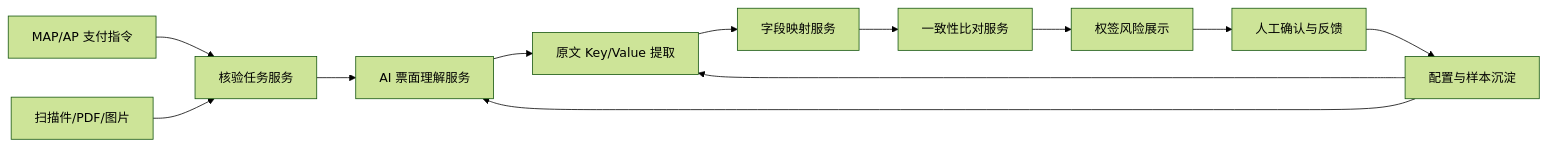
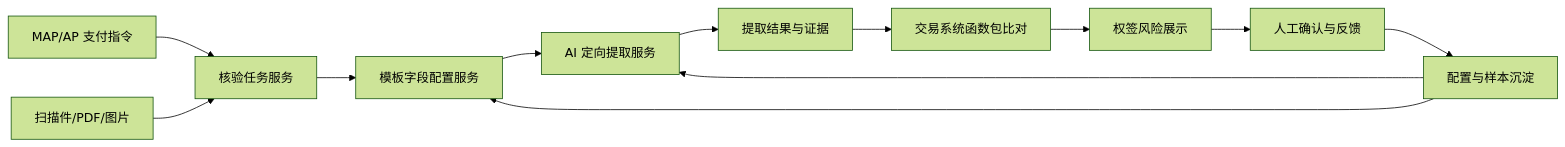
One commit to LuluCJJ/bill-verification changed the diagram in docs/bill-verification-product-solution.md. Above: the diagram before and after it, drawn with Mermaid (forest theme). The commit also changed other lines of this file and 11 other files, not shown here.

````diff
--- a/docs/bill-verification-product-solution.md
+++ b/docs/bill-verification-product-solution.md
@@ -44,14 +47,14 @@
 ```mermaid
 flowchart LR
     A["MAP/AP 支付指令"] --> C["核验任务服务"]
     B["扫描件/PDF/图片"] --> C
-    C --> D["AI 票面理解服务"]
-    D --> E["原文 Key/Value 提取"]
-    E --> E2["字段映射服务"]
-    E2 --> F["一致性比对服务"]
+    C --> D["模板字段配置服务"]
+    D --> E["AI 定向提取服务"]
+    E --> E2["提取结果与证据"]
+    E2 --> F["交易系统函数包比对"]
     F --> G["权签风险展示"]
     G --> H["人工确认与反馈"]
     H --> I["配置与样本沉淀"]
     I --> E
     I --> D
 ```
````
